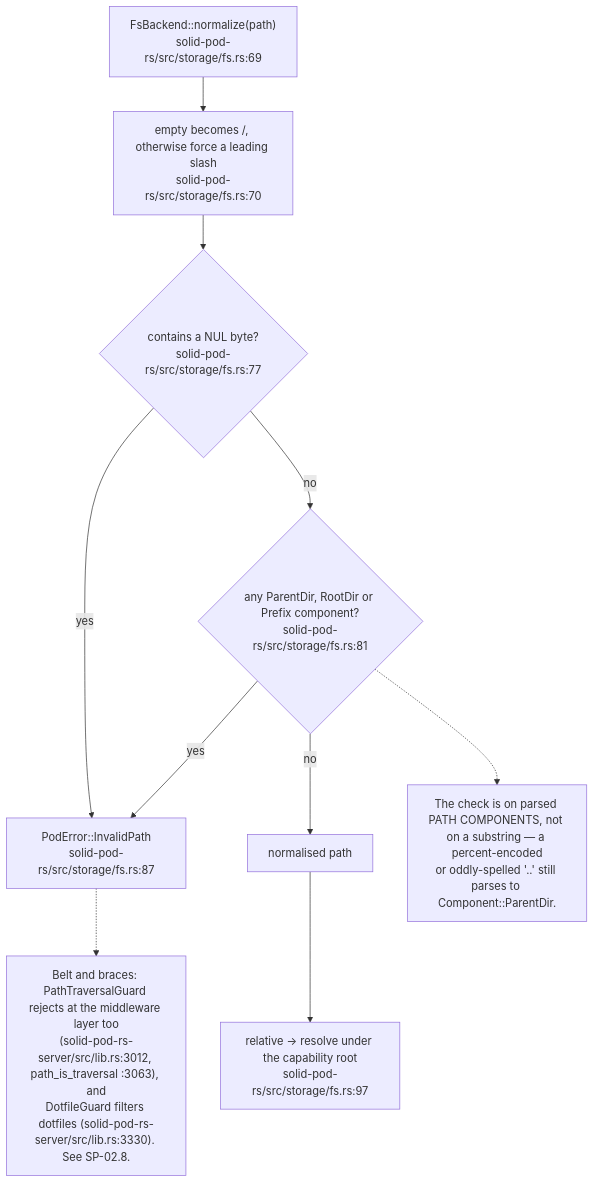
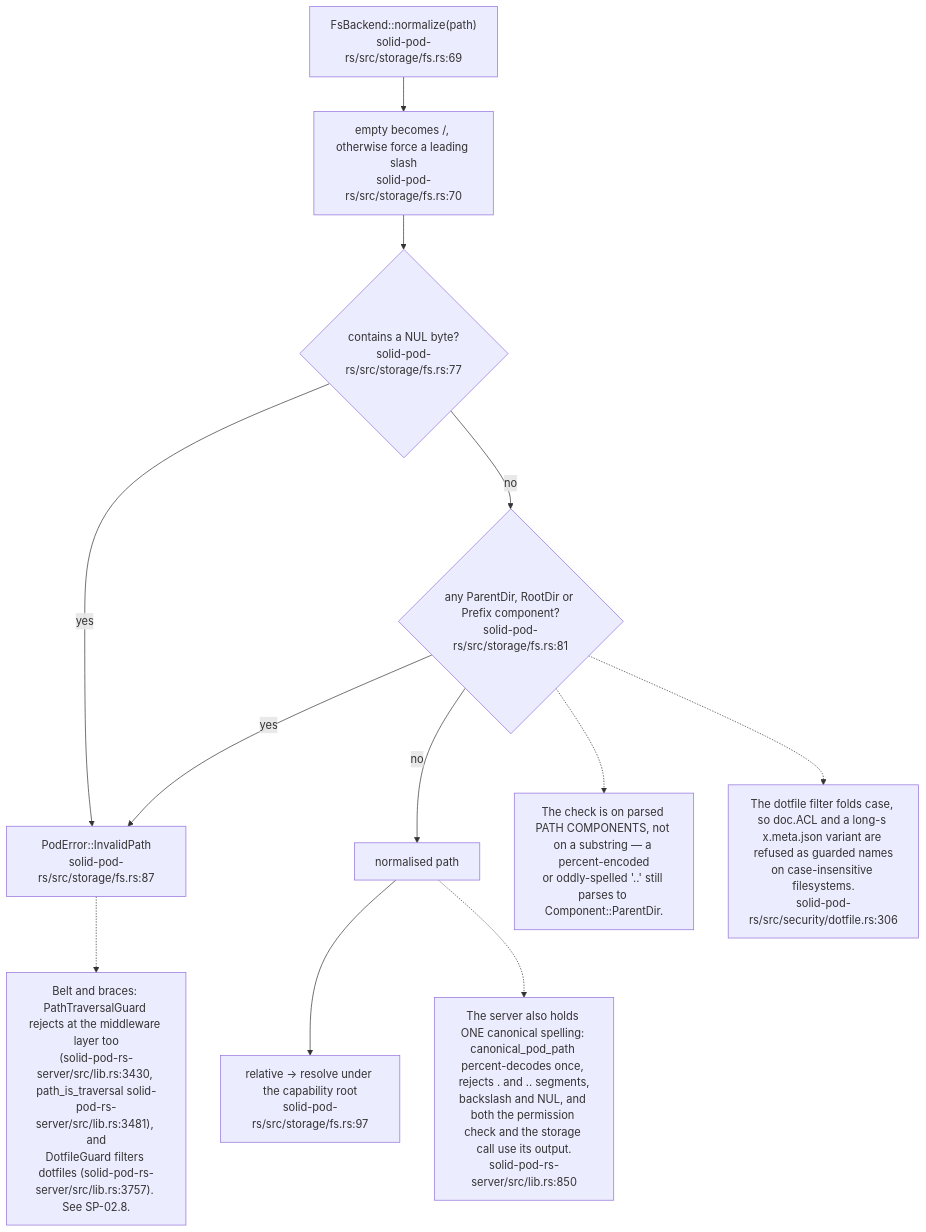
One commit to DreamLab-AI/VisionFlow changed the second of 11 diagrams in docs/diagrams/solid-pod-rs/06-storage-quota-and-git-pods.md. Above: the diagram before and after it, drawn with Mermaid. The commit also changed other lines of this file and 160 other files, not shown here.

````diff
--- a/docs/diagrams/solid-pod-rs/06-storage-quota-and-git-pods.md
+++ b/docs/diagrams/solid-pod-rs/06-storage-quota-and-git-pods.md
@@ -61,21 +65,25 @@
 ```mermaid
 flowchart TD
     IN["FsBackend::normalize(path)<br/>solid-pod-rs/src/storage/fs.rs:69"]
     LEAD["empty becomes /, otherwise force a leading slash<br/>solid-pod-rs/src/storage/fs.rs:70"]
     NUL{"contains a NUL byte?<br/>solid-pod-rs/src/storage/fs.rs:77"}
     COMP{"any ParentDir, RootDir or Prefix component?<br/>solid-pod-rs/src/storage/fs.rs:81"}
     ERR["PodError::InvalidPath<br/>solid-pod-rs/src/storage/fs.rs:87"]
     OK["normalised path"]
     REL["relative -> resolve under the capability root<br/>solid-pod-rs/src/storage/fs.rs:97"]
 
     IN --> LEAD --> NUL
     NUL -- yes --> ERR
     NUL -- no --> COMP
     COMP -- yes --> ERR
     COMP -- no --> OK --> REL
 
     N["The check is on parsed PATH COMPONENTS, not on a substring — a percent-encoded<br/>or oddly-spelled '..' still parses to Component::ParentDir."]
     COMP -.-> N
-    N2["Belt and braces: PathTraversalGuard rejects at the middleware layer too<br/>(solid-pod-rs-server/src/lib.rs:3012, path_is_traversal :3063), and<br/>DotfileGuard filters dotfiles (solid-pod-rs-server/src/lib.rs:3330). See SP-02.8."]
+    N2["Belt and braces: PathTraversalGuard rejects at the middleware layer too<br/>(solid-pod-rs-server/src/lib.rs:3430, path_is_traversal solid-pod-rs-server/src/lib.rs:3481), and<br/>DotfileGuard filters dotfiles (solid-pod-rs-server/src/lib.rs:3757). See SP-02.8."]
     ERR -.-> N2
+    N3["The server also holds ONE canonical spelling: canonical_pod_path percent-decodes once, rejects . and .. segments,<br/>backslash and NUL, and both the permission check and the storage call use its output.<br/>solid-pod-rs-server/src/lib.rs:850"]
+    N4["The dotfile filter folds case, so doc.ACL and a long-s x.meta.json variant are refused as guarded names<br/>on case-insensitive filesystems.<br/>solid-pod-rs/src/security/dotfile.rs:306"]
+    OK -.-> N3
+    COMP -.-> N4
 ```
````
